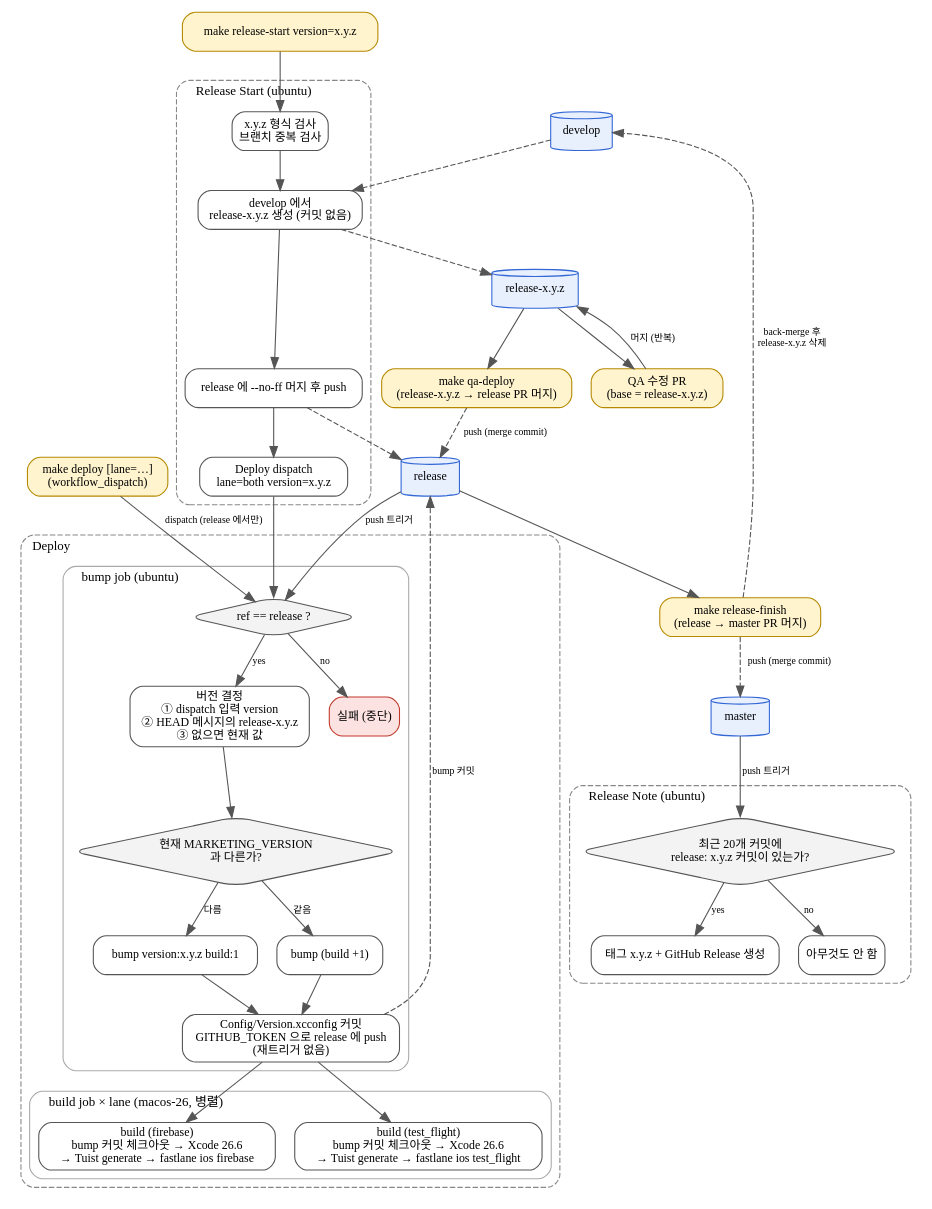
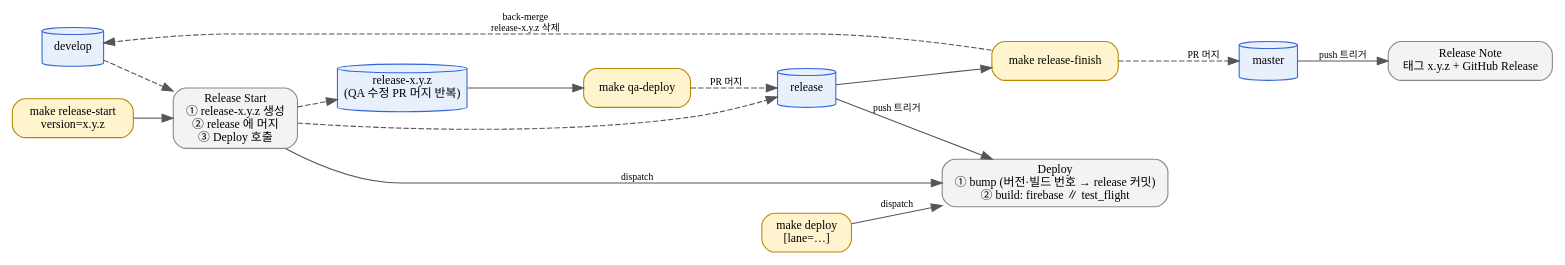
The diagram in docs/github-actions-flow.dot (JunHyeok0206/iOS-release-pipeline-sandbox), drawn with Graphviz before and after one commit. The commit also changed 2 other files, not shown here.

Commit message:
docs: GitHub Actions 순서도를 워크플로 단위로 간략화

```diff
--- a/docs/github-actions-flow.dot
+++ b/docs/github-actions-flow.dot
@@ -1,100 +1,44 @@
 digraph GitHubActionsFlow {
-    rankdir=TB
-    newrank=true
+    rankdir=LR
     fontname="Apple SD Gothic Neo"
-    node  [fontname="Apple SD Gothic Neo", shape=box, style="rounded,filled", fillcolor="#FFFFFF", color="#555555", fontsize=11]
+    node  [fontname="Apple SD Gothic Neo", fontsize=11]
     edge  [fontname="Apple SD Gothic Neo", fontsize=9, color="#555555"]
-    graph [fontsize=12, labeljust=l]
 
     // 브랜치
     node [shape=cylinder, style=filled, fillcolor="#E8F0FE", color="#3367D6"]
-    develop   [label="develop"]
-    relx      [label="release-x.y.z"]
-    release   [label="release"]
-    master    [label="master"]
+    develop [label="develop"]
+    relx    [label="release-x.y.z\n(QA 수정 PR 머지 반복)"]
+    release [label="release"]
+    master  [label="master"]
 
-    // 개발자 명령
+    // make 명령어
     node [shape=box, style="rounded,filled", fillcolor="#FFF4CE", color="#B58900"]
-    cmd_start  [label="make release-start version=x.y.z"]
-    cmd_qa     [label="make qa-deploy\n(release-x.y.z → release PR 머지)"]
-    cmd_deploy [label="make deploy [lane=…]\n(workflow_dispatch)"]
-    cmd_finish [label="make release-finish\n(release → master PR 머지)"]
-    fixpr      [label="QA 수정 PR\n(base = release-x.y.z)"]
+    cmd_start  [label="make release-start\nversion=x.y.z"]
+    cmd_qa     [label="make qa-deploy"]
+    cmd_deploy [label="make deploy\n[lane=…]"]
+    cmd_finish [label="make release-finish"]
 
-    subgraph cluster_start {
-        label="Release Start (ubuntu)"
-        style="rounded,dashed"; color="#888888"
-        node [fillcolor="#FFFFFF", color="#555555"]
-        s1 [label="x.y.z 형식 검사\n브랜치 중복 검사"]
-        s2 [label="develop 에서\nrelease-x.y.z 생성 (커밋 없음)"]
-        s3 [label="release 에 --no-ff 머지 후 push"]
-        s4 [label="Deploy dispatch\nlane=both version=x.y.z"]
-        s1 -> s2 -> s3 -> s4
-    }
-
-    subgraph cluster_deploy {
-        label="Deploy"
-        style="rounded,dashed"; color="#888888"
-        node [fillcolor="#FFFFFF", color="#555555"]
-
-        subgraph cluster_bump {
-            label="bump job (ubuntu)"
-            style="rounded"; color="#AAAAAA"
-            b0 [label="ref == release ?", shape=diamond, fillcolor="#F3F3F3"]
-            b1 [label="버전 결정\n① dispatch 입력 version\n② HEAD 메시지의 release-x.y.z\n③ 없으면 현재 값"]
-            b2 [label="현재 MARKETING_VERSION\n과 다른가?", shape=diamond, fillcolor="#F3F3F3"]
-            b3 [label="bump version:x.y.z build:1"]
-            b4 [label="bump (build +1)"]
-            b5 [label="Config/Version.xcconfig 커밋\nGITHUB_TOKEN 으로 release 에 push\n(재트리거 없음)"]
-            bfail [label="실패 (중단)", fillcolor="#FDE2E2", color="#C0392B"]
-            b0 -> b1 [label="yes"]
-            b0 -> bfail [label="no"]
-            b1 -> b2
-            b2 -> b3 [label="다름"]
-            b2 -> b4 [label="같음"]
-            b3 -> b5
-            b4 -> b5
-        }
-
-        subgraph cluster_build {
-            label="build job × lane (macos-26, 병렬)"
-            style="rounded"; color="#AAAAAA"
-            f1 [label="build (firebase)\nbump 커밋 체크아웃 → Xcode 26.6\n→ Tuist generate → fastlane ios firebase"]
-            t1 [label="build (test_flight)\nbump 커밋 체크아웃 → Xcode 26.6\n→ Tuist generate → fastlane ios test_flight"]
-        }
-        b5 -> f1
-        b5 -> t1
-        { rank=same; f1; t1 }
-    }
-
-    subgraph cluster_note {
-        label="Release Note (ubuntu)"
-        style="rounded,dashed"; color="#888888"
-        node [fillcolor="#FFFFFF", color="#555555"]
-        n1 [label="최근 20개 커밋에\nrelease: x.y.z 커밋이 있는가?", shape=diamond, fillcolor="#F3F3F3"]
-        n2 [label="태그 x.y.z + GitHub Release 생성"]
-        n3 [label="아무것도 안 함"]
-        n1 -> n2 [label="yes"]
-        n1 -> n3 [label="no"]
-    }
+    // 워크플로
+    node [shape=box, style="rounded,filled", fillcolor="#F3F3F3", color="#888888"]
+    wf_start  [label="Release Start\n① release-x.y.z 생성\n② release 에 머지\n③ Deploy 호출"]
+    wf_deploy [label="Deploy\n① bump (버전·빌드 번호 → release 커밋)\n② build: firebase ∥ test_flight"]
+    wf_note   [label="Release Note\n태그 x.y.z + GitHub Release"]
 
     // 흐름
-    cmd_start -> s1
-    develop -> s2 [style=dashed]
-    s2 -> relx [style=dashed]
-    s3 -> release [style=dashed]
-    s4 -> b0
+    cmd_start -> wf_start
+    develop   -> wf_start [style=dashed]
+    wf_start  -> relx     [style=dashed]
+    wf_start  -> release  [style=dashed]
+    wf_start  -> wf_deploy [label="dispatch"]
 
-    relx -> fixpr
-    fixpr -> relx [label="머지 (반복)"]
-    relx -> cmd_qa
-    cmd_qa -> release [label="push (merge commit)", style=dashed]
-    release -> b0 [label="push 트리거"]
-    cmd_deploy -> b0 [label="dispatch (release 에서만)"]
-    b5 -> release [style=dashed, label="bump 커밋"]
+    relx    -> cmd_qa
+    cmd_qa  -> release   [label="PR 머지", style=dashed]
+    release -> wf_deploy [label="push 트리거"]
+    cmd_deploy -> wf_deploy [label="dispatch"]
 
-    release -> cmd_finish
-    cmd_finish -> master [label="push (merge commit)", style=dashed]
-    master -> n1 [label="push 트리거"]
-    cmd_finish -> develop [label="back-merge 후\nrelease-x.y.z 삭제", style=dashed]
+    release    -> cmd_finish
+    cmd_finish -> master  [label="PR 머지", style=dashed]
+    master     -> wf_note [label="push 트리거"]
+    cmd_finish -> develop [label="back-merge\nrelease-x.y.z 삭제", style=dashed]
+
 }
```
